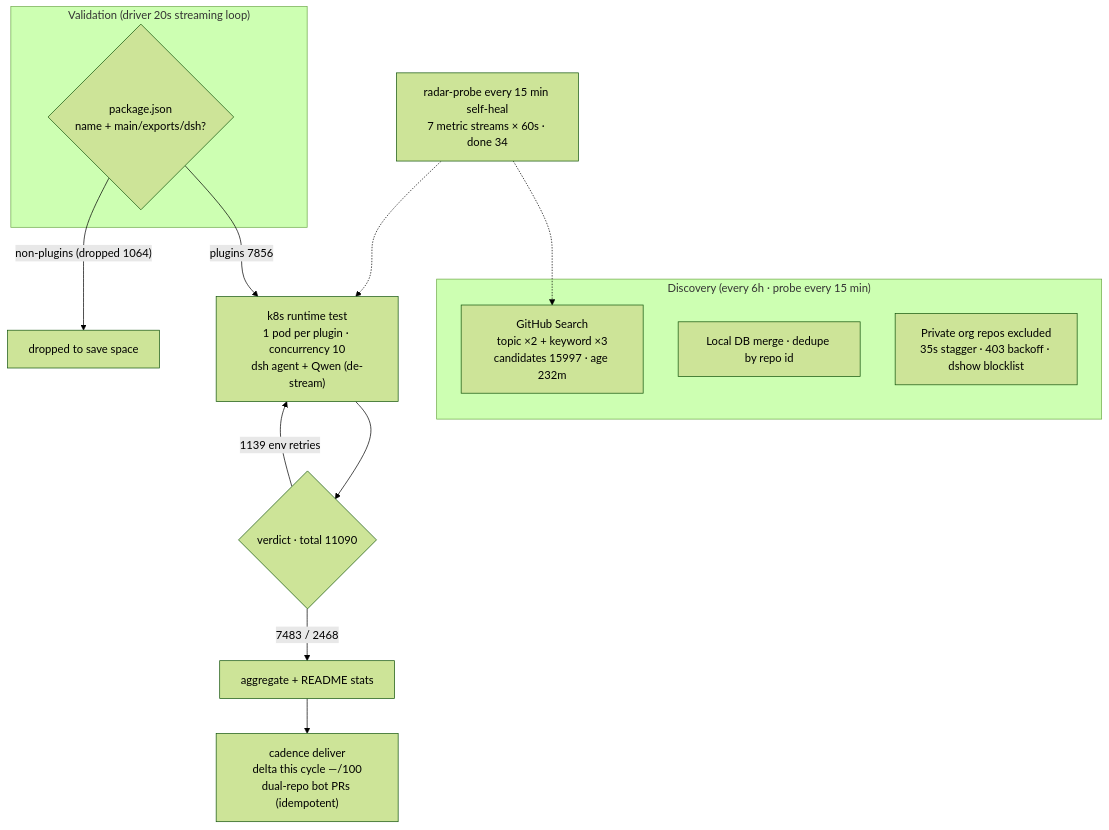
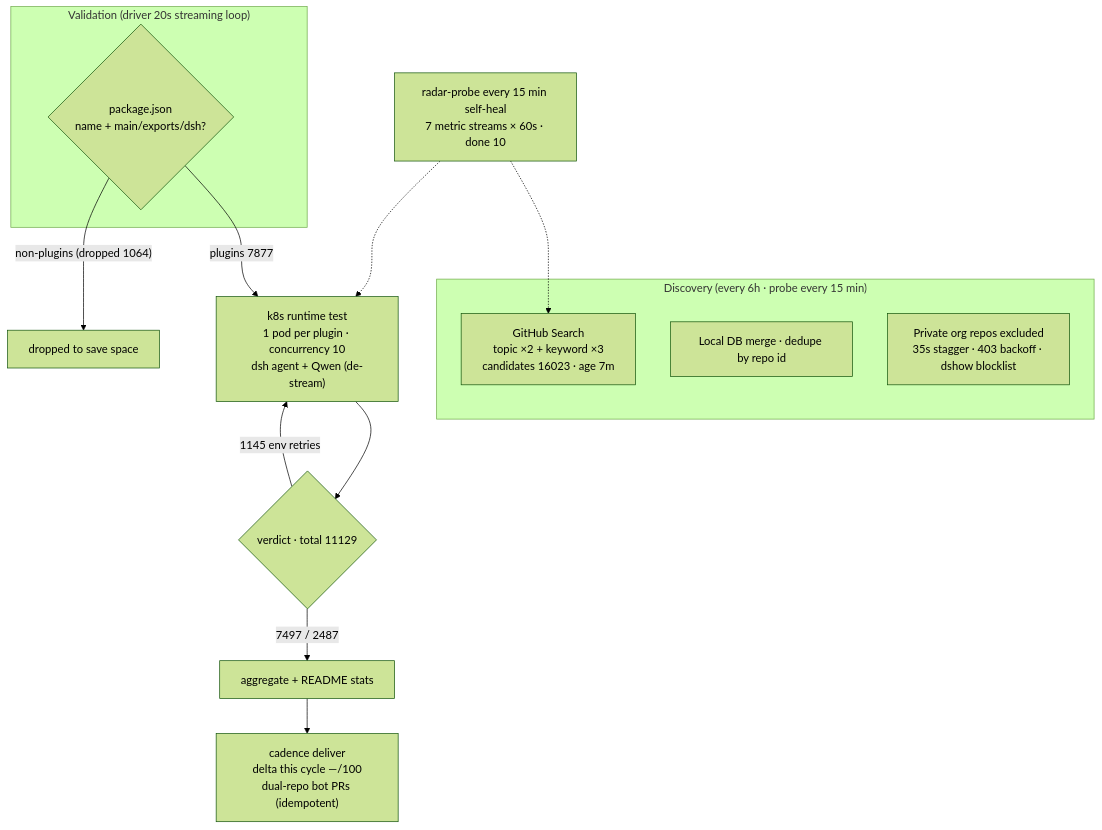
One commit to AdamPlatin123/awesome-dsh-plugins changed the diagram in README.en-US.md. Above: the diagram before and after it, drawn with Mermaid (forest theme). The commit also changed other lines of this file and 4 other files, not shown here.

````diff
--- a/README.en-US.md
+++ b/README.en-US.md
@@ -45,20 +45,20 @@
 ```mermaid
 flowchart TB
     subgraph Discovery["Discovery (every 6h · probe every 15 min)"]
-        A1["GitHub Search<br/>topic ×2 + keyword ×3<br/>candidates 15997 · age 232m"]
+        A1["GitHub Search<br/>topic ×2 + keyword ×3<br/>candidates 16023 · age 7m"]
         A2["Local DB merge · dedupe by repo id"]
         A3["Private org repos excluded<br/>35s stagger · 403 backoff · dshow blocklist"]
     end
     subgraph Validation["Validation (driver 20s streaming loop)"]
         B1{"package.json<br/>name + main/exports/dsh?"}
     end
-    B1 -->|"plugins 7856"| C1["k8s runtime test<br/>1 pod per plugin · concurrency 10<br/>dsh agent + Qwen (de-stream)"]
+    B1 -->|"plugins 7877"| C1["k8s runtime test<br/>1 pod per plugin · concurrency 10<br/>dsh agent + Qwen (de-stream)"]
     B1 -->|"non-plugins (dropped 1064)"| B3["dropped to save space"]
-    C1 --> D1{"verdict · total 11090"}
-    D1 -->|"7483 / 2468"| E1["aggregate + README stats"]
-    D1 -->|"1139 env retries"| C1
+    C1 --> D1{"verdict · total 11129"}
+    D1 -->|"7497 / 2487"| E1["aggregate + README stats"]
+    D1 -->|"1145 env retries"| C1
     E1 --> E2["cadence deliver<br/>delta this cycle —/100<br/>dual-repo bot PRs (idempotent)"]
-    M["radar-probe every 15 min self-heal<br/>7 metric streams × 60s · done 34"]
+    M["radar-probe every 15 min self-heal<br/>7 metric streams × 60s · done 10"]
     M -.-> A1
     M -.-> C1
 ```
````
